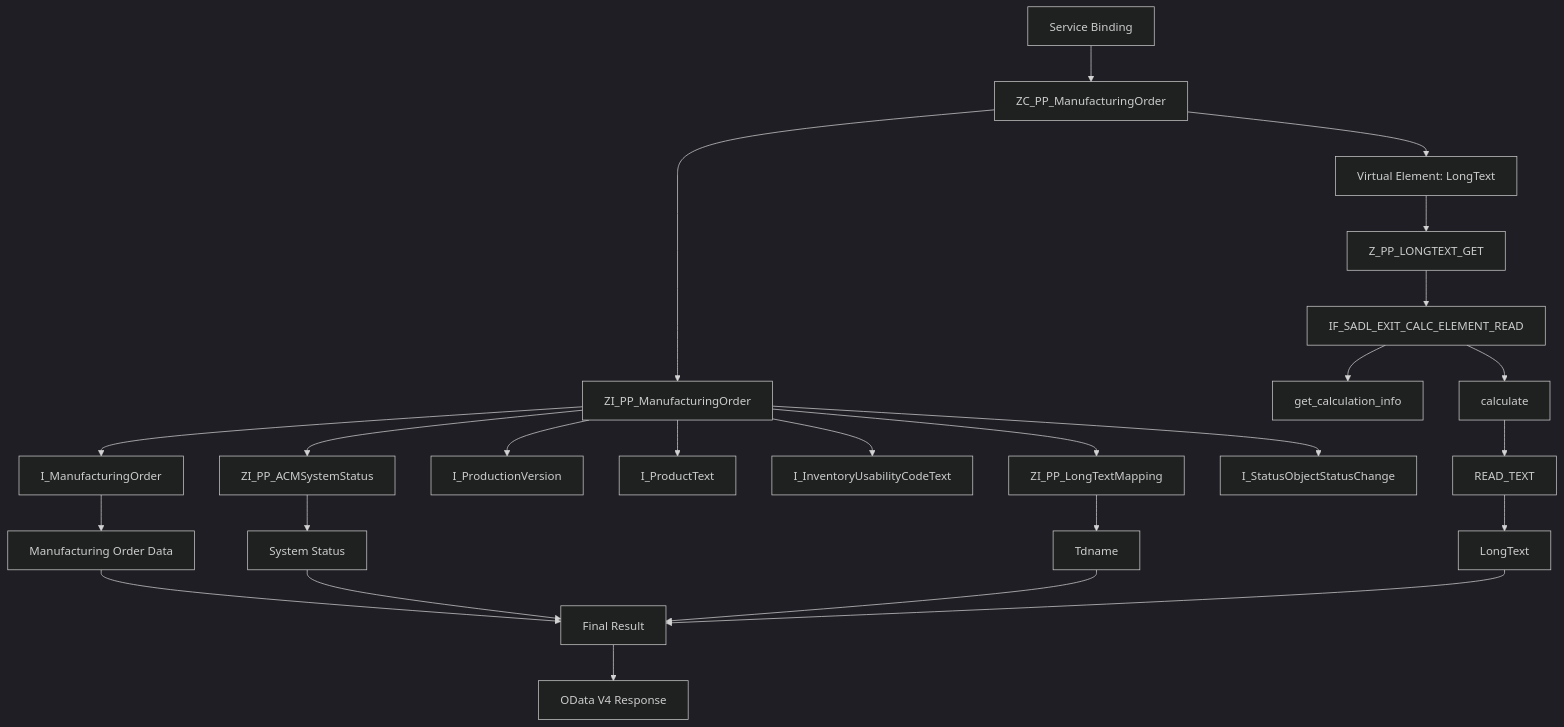
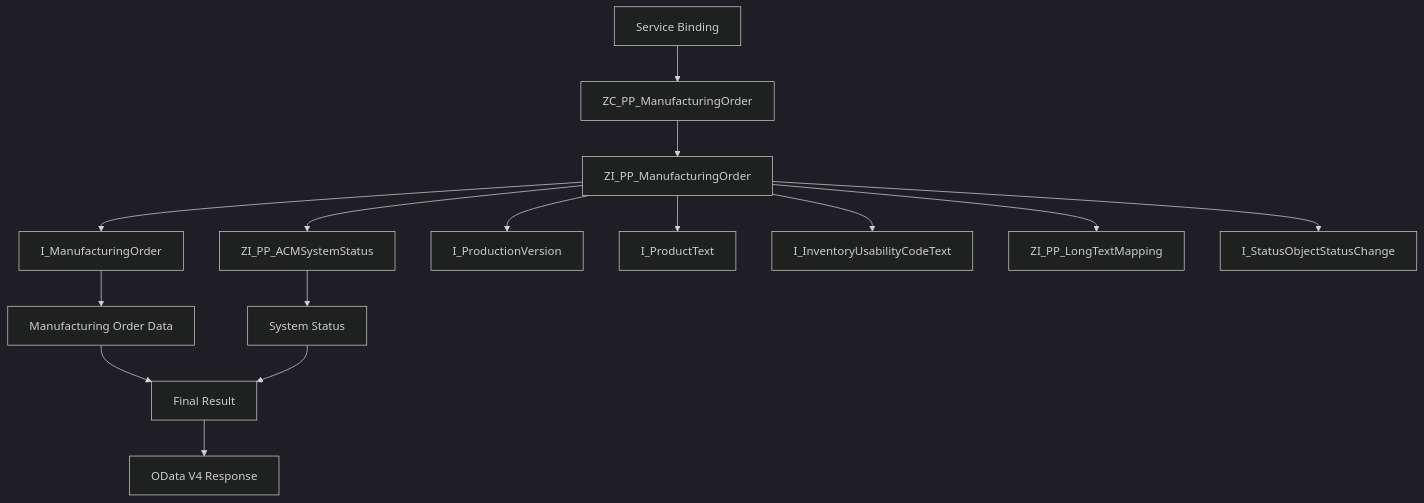
One commit to blackif/demo changed the diagram in sap/abap/rap/demo1/README.md. Above: the diagram before and after it, drawn with Mermaid (dark theme). The commit also changed other lines of this file, not shown here.

Commit message:
docs: update RAP Web API flow overview

````diff
--- a/sap/abap/rap/demo1/README.md
+++ b/sap/abap/rap/demo1/README.md
@@ -48,31 +42,20 @@
 ```mermaid
 flowchart TD
     A[Service Binding] --> B[ZC_PP_ManufacturingOrder]
     B --> C[ZI_PP_ManufacturingOrder]
 
     C --> D[I_ManufacturingOrder]
     C --> E[ZI_PP_ACMSystemStatus]
     C --> F[I_ProductionVersion]
     C --> G[I_ProductText]
     C --> H[I_InventoryUsabilityCodeText]
     C --> I[ZI_PP_LongTextMapping]
     C --> J[I_StatusObjectStatusChange]
 
-    B --> K[Virtual Element: LongText]
-    K --> L[Z_PP_LONGTEXT_GET]
-    L --> M[IF_SADL_EXIT_CALC_ELEMENT_READ]
-    M --> N[get_calculation_info]
-    M --> O[calculate]
-    O --> P[READ_TEXT]
-    P --> Q[LongText]
-
     D --> R[Manufacturing Order Data]
     E --> S[System Status]
-    I --> T[Tdname]
     R --> U[Final Result]
     S --> U
-    T --> U
-    Q --> U
 
     U --> V[OData V4 Response]
 ```
````
